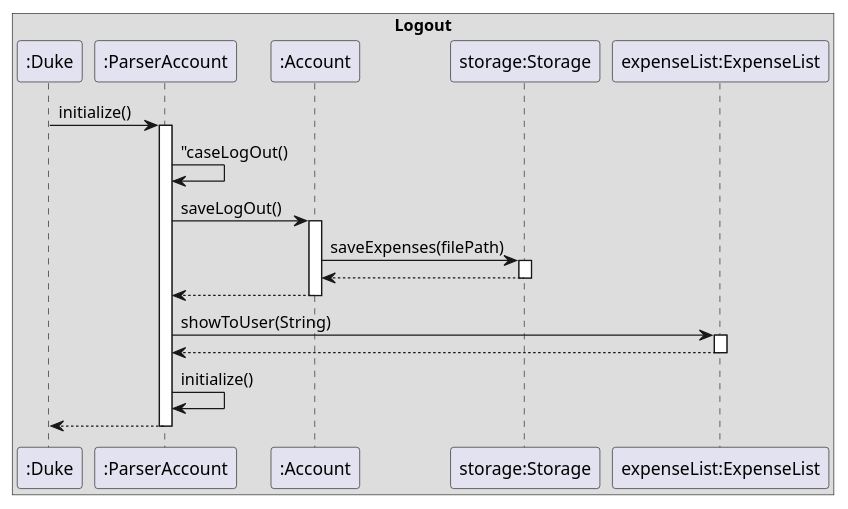
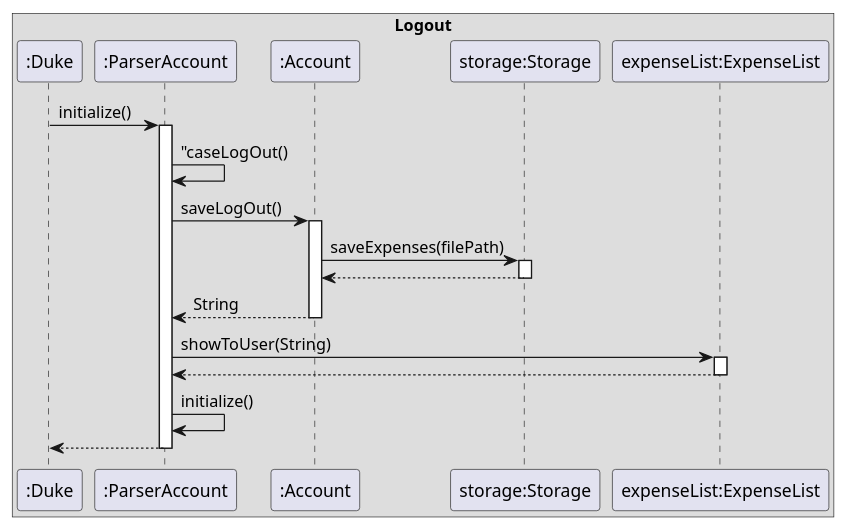
Before and after one commit to nus-cs2113-AY2223S2/tp: the diagram in docs/diagrams/LogoutFeature.puml, drawn with PlantUML. The commit also changed 12 other files, not shown here.

```diff
--- a/docs/diagrams/LogoutFeature.puml
+++ b/docs/diagrams/LogoutFeature.puml
@@ -1,27 +1,27 @@
 @startuml
 box "Logout"
 participant ":Duke" as Duke
 participant ":ParserAccount" as ParserAccount
 participant ":Account" as Account
 participant "storage:Storage" as Storage
 participant "expenseList:ExpenseList" as ExpenseList
 
 Duke -> ParserAccount: initialize()
 Activate ParserAccount
 ParserAccount -> ParserAccount: "caseLogOut()
 ParserAccount -> Account: saveLogOut()
 Activate Account
 Account -> Storage: saveExpenses(filePath)
 Activate Storage
 Storage --> Account
 Deactivate Storage
-Account --> ParserAccount
+Account --> ParserAccount: String
 Deactivate Account
 ParserAccount -> ExpenseList: showToUser(String)
 Activate ExpenseList
 ExpenseList --> ParserAccount
 Deactivate ExpenseList
 ParserAccount -> ParserAccount: initialize()
 ParserAccount --> Duke
 Deactivate ParserAccount
 @enduml
```
